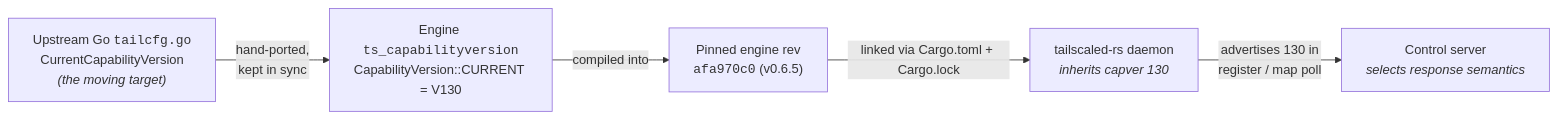
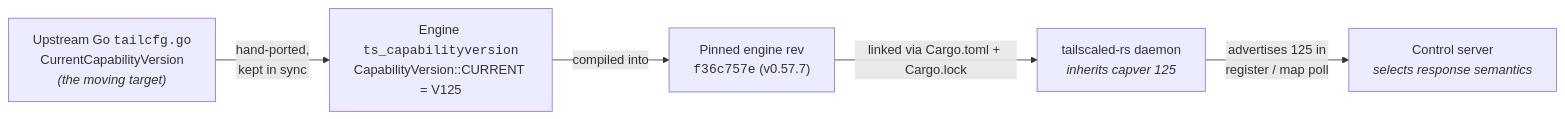
The diagram in docs/ENGINE.md (GeiserX/tailscaled-rs), drawn with Mermaid before and after one commit. The commit also changed other lines of this file and 10 other files, not shown here.

````diff
--- a/docs/ENGINE.md
+++ b/docs/ENGINE.md
@@ -201,8 +207,8 @@
 ```mermaid
 flowchart LR
     GO["Upstream Go <code>tailcfg.go</code><br/>CurrentCapabilityVersion<br/><i>(the moving target)</i>"]
-      -->|"hand-ported,<br/>kept in sync"| ENG_SRC["Engine <code>ts_capabilityversion</code><br/>CapabilityVersion::CURRENT = V130"]
-    ENG_SRC -->|"compiled into"| REV["Pinned engine rev<br/><code>afa970c0</code> (v0.6.5)"]
-    REV -->|"linked via Cargo.toml + Cargo.lock"| DAEMON["tailscaled-rs daemon<br/><i>inherits capver 130</i>"]
-    DAEMON -->|"advertises 130 in<br/>register / map poll"| CTRL["Control server<br/><i>selects response semantics</i>"]
+      -->|"hand-ported,<br/>kept in sync"| ENG_SRC["Engine <code>ts_capabilityversion</code><br/>CapabilityVersion::CURRENT = V125"]
+    ENG_SRC -->|"compiled into"| REV["Pinned engine rev<br/><code>f36c757e</code> (v0.57.7)"]
+    REV -->|"linked via Cargo.toml + Cargo.lock"| DAEMON["tailscaled-rs daemon<br/><i>inherits capver 125</i>"]
+    DAEMON -->|"advertises 125 in<br/>register / map poll"| CTRL["Control server<br/><i>selects response semantics</i>"]
 ```
````
